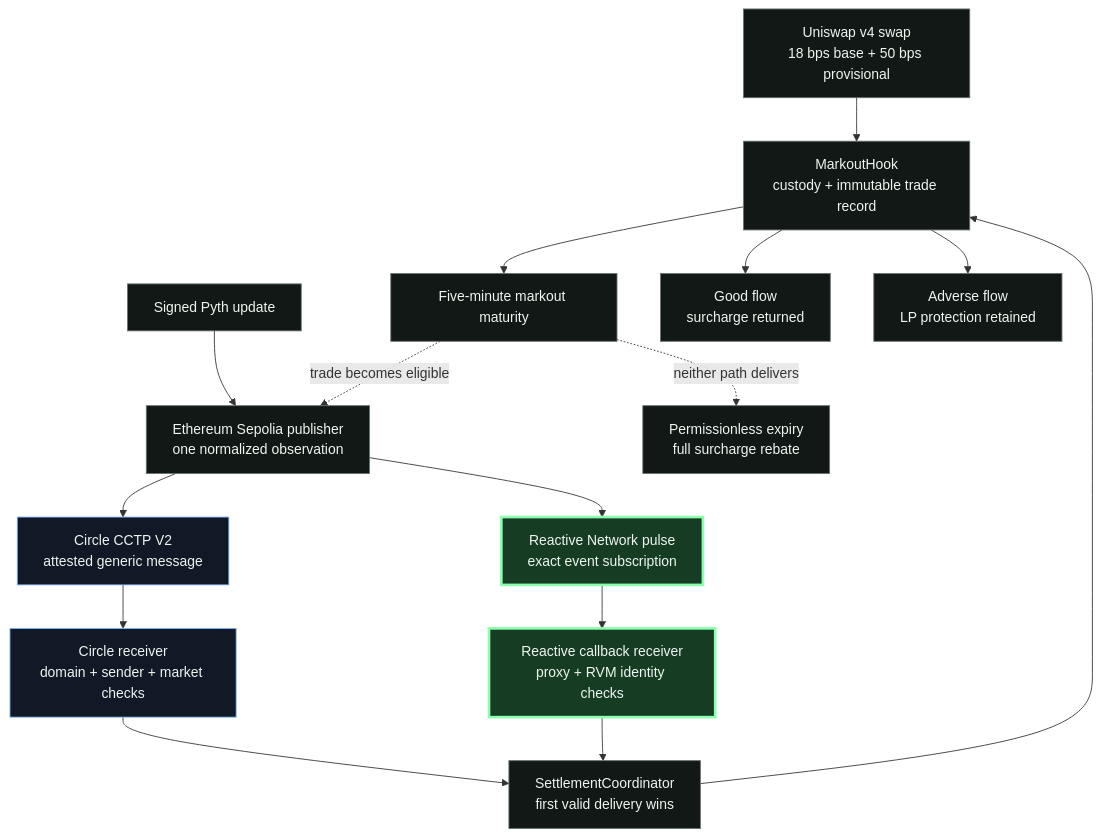
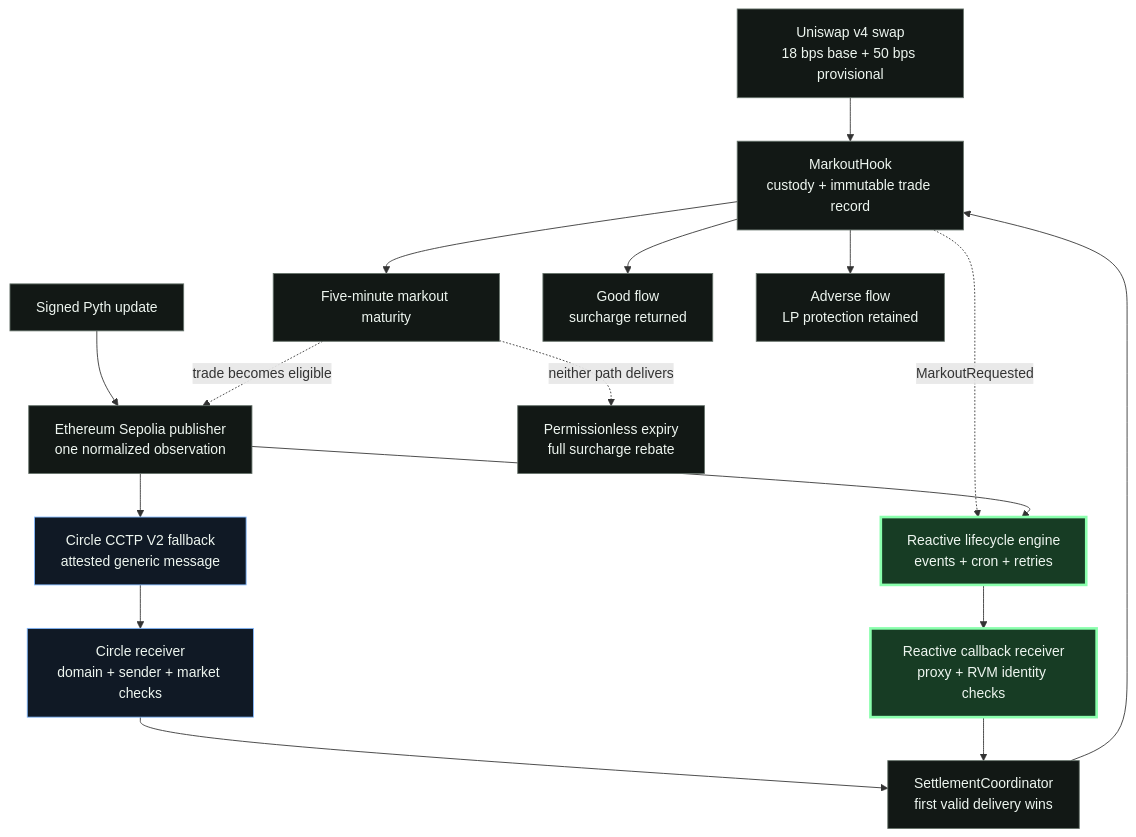
One commit to RudraBhaskar9439/markout-hook changed the diagram in docs/HYBRID_SETTLEMENT.md. Above: the diagram before and after it, drawn with Mermaid. The commit also changed other lines of this file and 10 other files, not shown here.

````diff
--- a/docs/HYBRID_SETTLEMENT.md
+++ b/docs/HYBRID_SETTLEMENT.md
@@ -13,29 +16,30 @@
 ```mermaid
 flowchart TB
     SWAP["Uniswap v4 swap<br/>18 bps base + 50 bps provisional"] --> HOOK["MarkoutHook<br/>custody + immutable trade record"]
     HOOK --> WAIT["Five-minute markout maturity"]
 
     PYTH["Signed Pyth update"] --> PUB["Ethereum Sepolia publisher<br/>one normalized observation"]
     WAIT -. "trade becomes eligible" .-> PUB
 
-    PUB --> CIRCLE["Circle CCTP V2<br/>attested generic message"]
-    PUB --> REACTIVE["Reactive Network pulse<br/>exact event subscription"]
+    PUB --> CIRCLE["Circle CCTP V2 fallback<br/>attested generic message"]
+    HOOK -. "MarkoutRequested" .-> REACTIVE["Reactive lifecycle engine<br/>events + cron + retries"]
+    PUB --> REACTIVE
 
     CIRCLE --> CRECV["Circle receiver<br/>domain + sender + market checks"]
     REACTIVE --> RRECV["Reactive callback receiver<br/>proxy + RVM identity checks"]
 
     CRECV --> COORD["SettlementCoordinator<br/>first valid delivery wins"]
     RRECV --> COORD
     COORD --> HOOK
 
     HOOK --> REBATE["Good flow<br/>surcharge returned"]
     HOOK --> PROTECT["Adverse flow<br/>LP protection retained"]
     WAIT -. "neither path delivers" .-> EXPIRE["Permissionless expiry<br/>full surcharge rebate"]
 
     classDef reactive fill:#173c24,stroke:#8affad,color:#eef6f0,stroke-width:3px;
     classDef core fill:#121815,stroke:#66736b,color:#eef6f0;
     classDef proven fill:#101925,stroke:#82b9ff,color:#eef6f0;
     class REACTIVE,RRECV reactive;
     class CIRCLE,CRECV proven;
     class SWAP,HOOK,WAIT,PYTH,PUB,COORD,REBATE,PROTECT,EXPIRE core;
 ```
````
